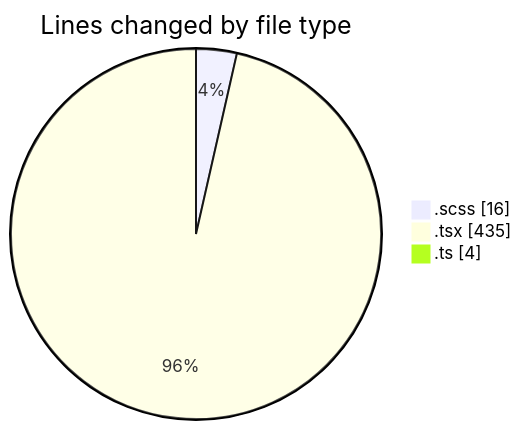
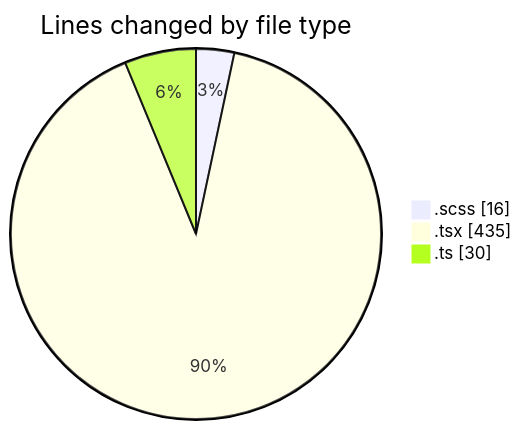
Before and after one commit to momahboobian/code-tracking: the first of 2 diagrams in 2025-02-27/cda/README.md, drawn with Mermaid. The commit also changed other lines of this file and 1 other file, not shown here.

````diff
--- a/2025-02-27/cda/README.md
+++ b/2025-02-27/cda/README.md
@@ -26,7 +27,7 @@
 ```mermaid
 pie showData
 title Lines changed by file type
 ".scss" : 16
 ".tsx" : 435
-".ts" : 4
+".ts" : 30
 ```
````
